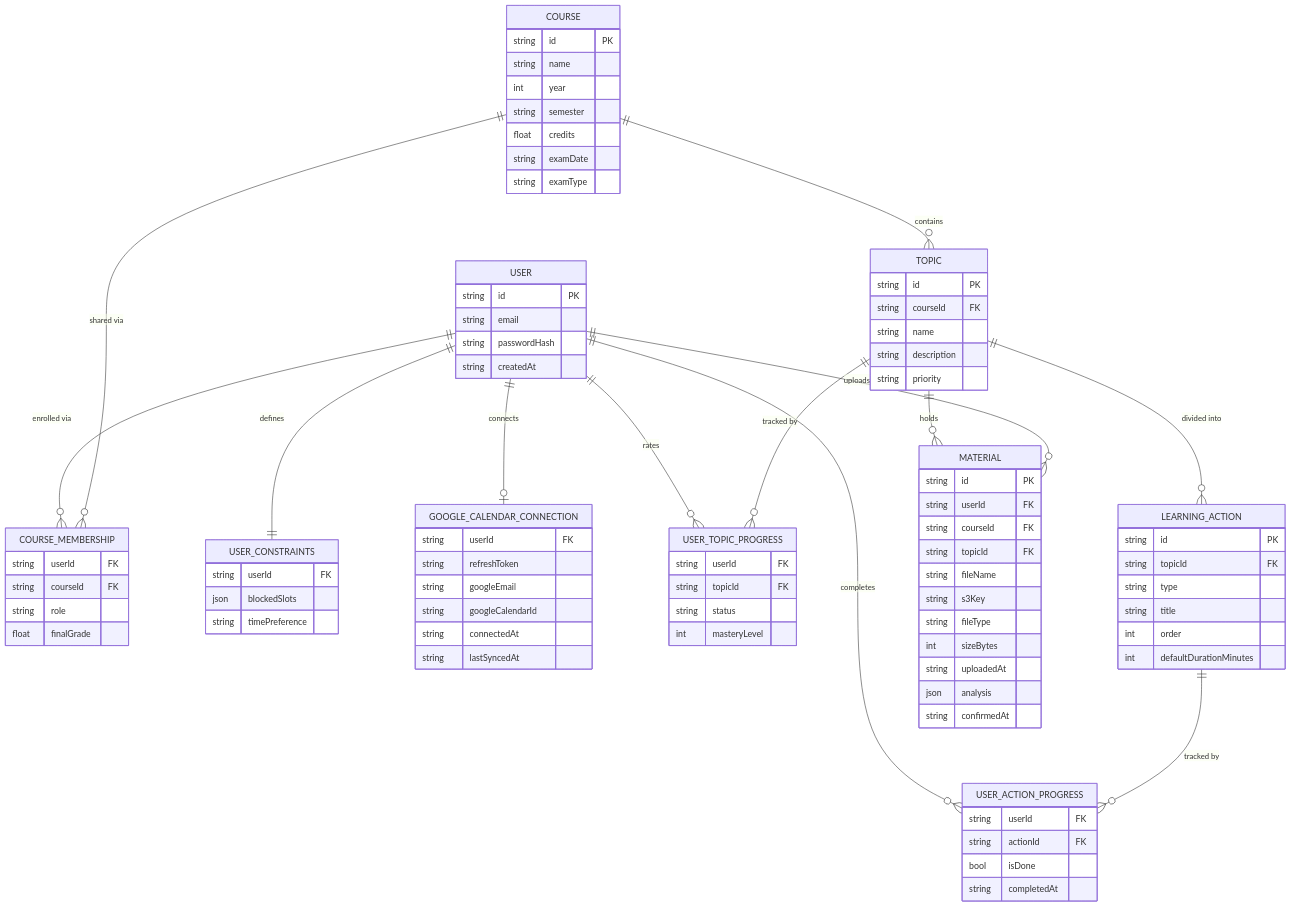
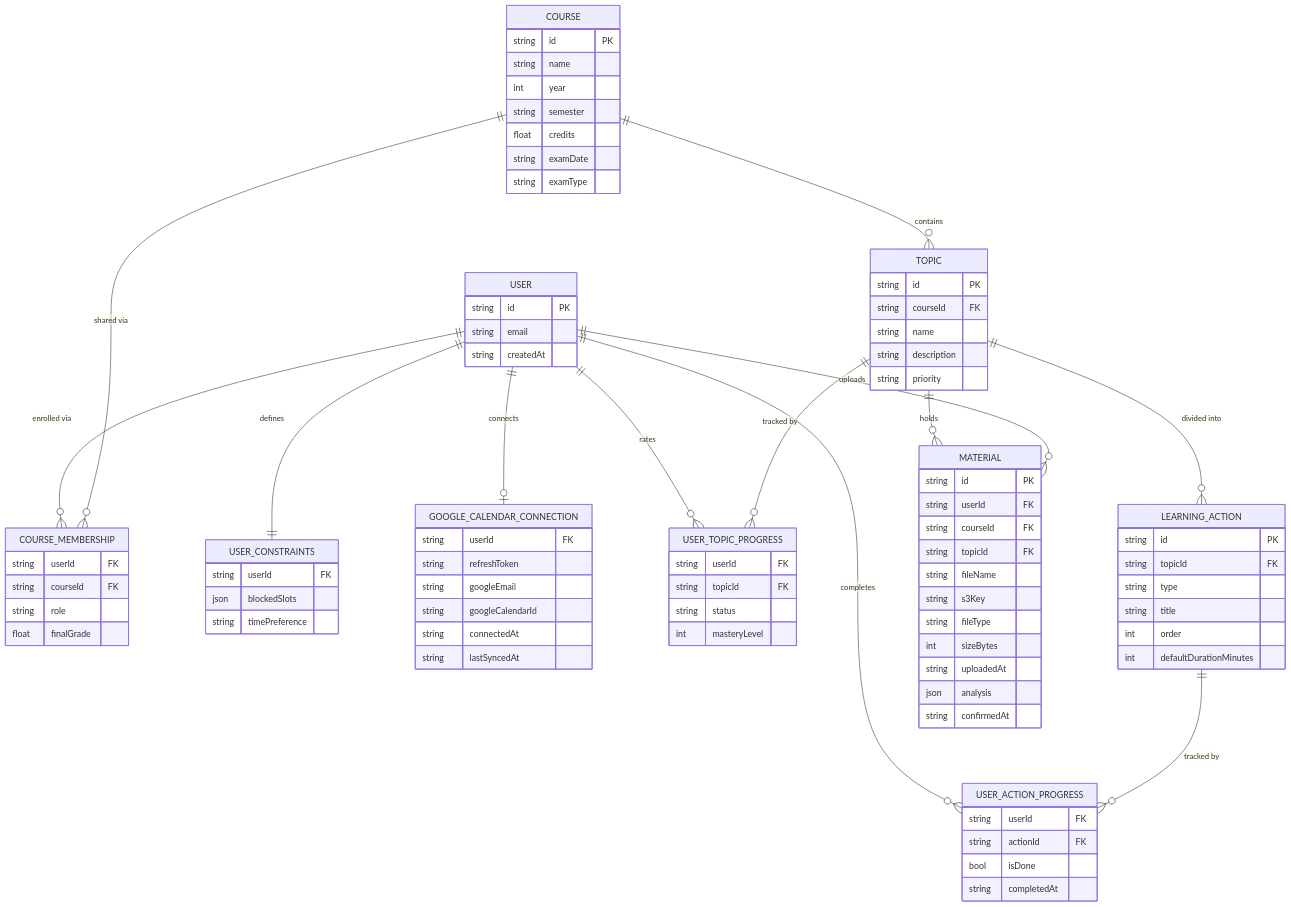
The diagram in docs/erd.md (barbh1913/LearnSprint-), drawn with Mermaid before and after one commit. The commit also changed other lines of this file and 4 other files, not shown here.

```diff
--- a/docs/erd.md
+++ b/docs/erd.md
@@ -25,7 +25,6 @@
     USER {
         string id PK
         string email
-        string passwordHash
         string createdAt
     }
     COURSE {
```
